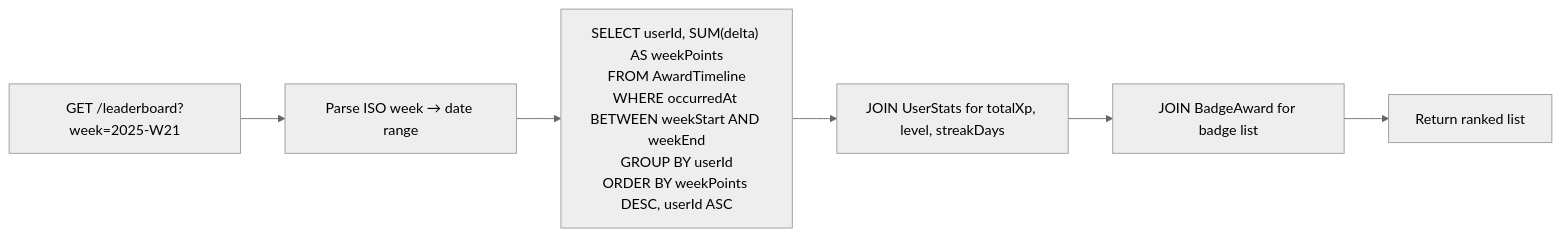
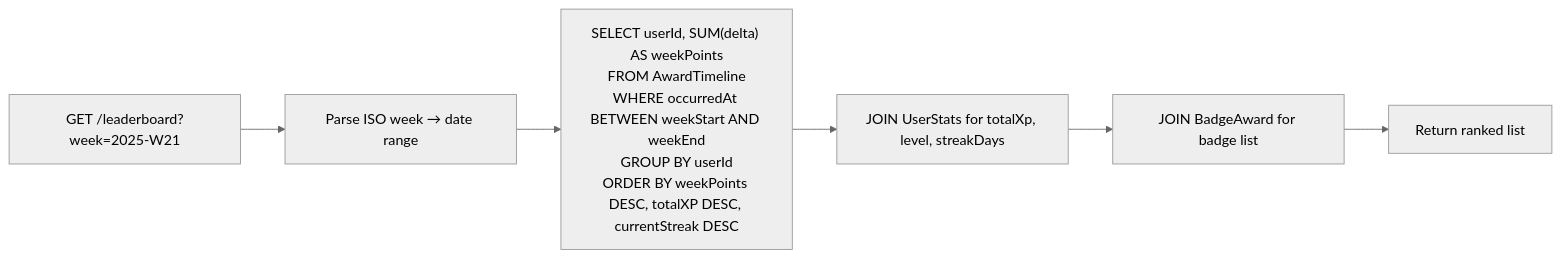
Before and after one commit to dinyangetoh/gamified-sales-crm: the seventh of 15 diagrams in docs/SYSTEM_DESIGN.md, drawn with Mermaid (neutral theme). The commit also changed other lines of this file and 2 other files, not shown here.

````diff
--- a/docs/SYSTEM_DESIGN.md
+++ b/docs/SYSTEM_DESIGN.md
@@ -374,8 +374,8 @@
 ```mermaid
 flowchart LR
     A["GET /leaderboard?week=2025-W21"] --> B[Parse ISO week → date range]
-    B --> C["SELECT userId, SUM(delta) AS weekPoints\nFROM AwardTimeline\nWHERE occurredAt BETWEEN weekStart AND weekEnd\nGROUP BY userId\nORDER BY weekPoints DESC, userId ASC"]
+    B --> C["SELECT userId, SUM(delta) AS weekPoints\nFROM AwardTimeline\nWHERE occurredAt BETWEEN weekStart AND weekEnd\nGROUP BY userId\nORDER BY weekPoints DESC, totalXP DESC, currentStreak DESC"]
     C --> D[JOIN UserStats for totalXp, level, streakDays]
     D --> E[JOIN BadgeAward for badge list]
     E --> F[Return ranked list]
 ```
````
